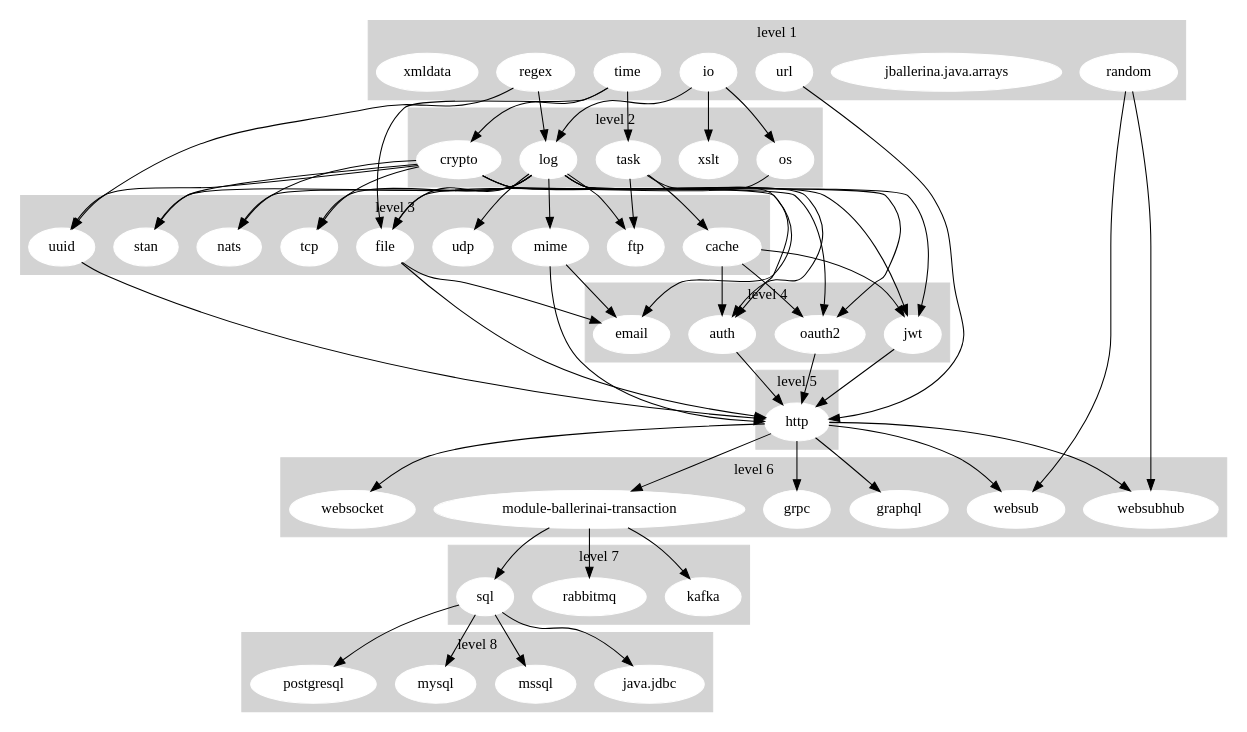
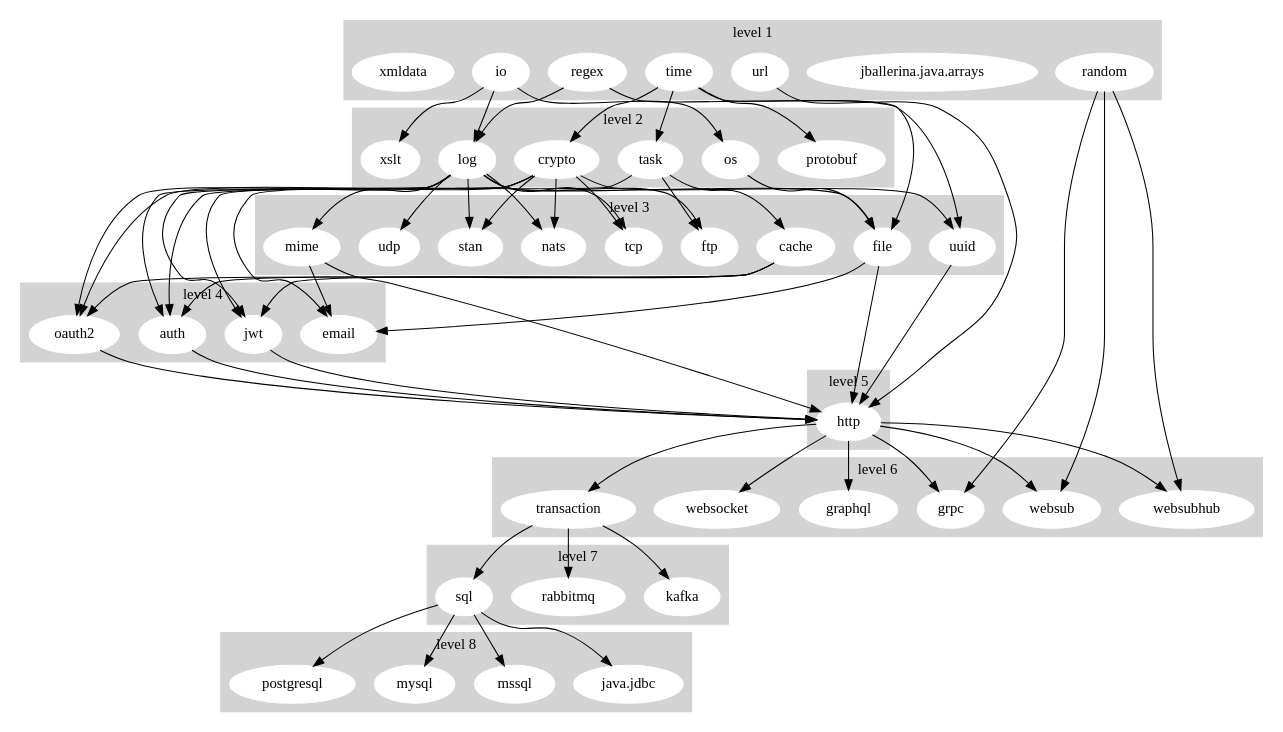
One commit to ballerina-platform/ballerina-release changed the diagram in dashboard/stdlib_graph.gv. Above: the diagram before and after it, drawn with Graphviz.

Commit message:
[Automated] Update Stdlib Dependency Graph

```diff
--- a/dashboard/stdlib_graph.gv
+++ b/dashboard/stdlib_graph.gv
@@ -1,137 +1,140 @@
 digraph "Stdlib Dependency Graph" {
 	subgraph cluster_1 {
 		node [color=white style=filled]
 		color=lightgrey style=filled
 		io
 		"jballerina.java.arrays"
 		random
 		regex
 		time
 		url
 		xmldata
 		label="level 1"
 	}
 	subgraph cluster_2 {
 		node [color=white style=filled]
 		color=lightgrey style=filled
 		crypto
 		log
 		os
+		protobuf
 		task
 		xslt
 		label="level 2"
 	}
 	subgraph cluster_3 {
 		node [color=white style=filled]
 		color=lightgrey style=filled
 		cache
 		file
 		ftp
 		mime
 		nats
 		stan
 		tcp
 		udp
 		uuid
 		label="level 3"
 	}
 	subgraph cluster_4 {
 		node [color=white style=filled]
 		color=lightgrey style=filled
 		auth
 		email
 		jwt
 		oauth2
 		label="level 4"
 	}
 	subgraph cluster_5 {
 		node [color=white style=filled]
 		color=lightgrey style=filled
 		http
 		label="level 5"
 	}
 	subgraph cluster_6 {
 		node [color=white style=filled]
 		color=lightgrey style=filled
 		graphql
 		grpc
-		"module-ballerinai-transaction"
+		transaction
 		websocket
 		websub
 		websubhub
 		label="level 6"
 	}
 	subgraph cluster_7 {
 		node [color=white style=filled]
 		color=lightgrey style=filled
 		kafka
 		rabbitmq
 		sql
 		label="level 7"
 	}
 	subgraph cluster_8 {
 		node [color=white style=filled]
 		color=lightgrey style=filled
 		"java.jdbc"
 		mssql
 		mysql
 		postgresql
 		label="level 8"
 	}
 	io -> log
 	io -> os
 	io -> xslt
+	random -> grpc
 	random -> websub
 	random -> websubhub
 	regex -> log
 	regex -> uuid
 	time -> crypto
 	time -> file
+	time -> protobuf
 	time -> task
 	url -> http
 	crypto -> auth
 	crypto -> jwt
 	crypto -> nats
 	crypto -> oauth2
 	crypto -> stan
 	crypto -> tcp
 	crypto -> uuid
 	log -> auth
 	log -> file
 	log -> ftp
 	log -> jwt
 	log -> mime
 	log -> nats
 	log -> oauth2
 	log -> stan
 	log -> tcp
 	log -> udp
 	os -> file
 	task -> cache
 	task -> email
 	task -> ftp
 	cache -> auth
 	cache -> jwt
 	cache -> oauth2
 	file -> email
 	file -> http
 	mime -> email
 	mime -> http
 	uuid -> http
 	auth -> http
 	jwt -> http
 	oauth2 -> http
 	http -> graphql
 	http -> grpc
-	http -> "module-ballerinai-transaction"
+	http -> transaction
 	http -> websocket
 	http -> websub
 	http -> websubhub
-	"module-ballerinai-transaction" -> kafka
-	"module-ballerinai-transaction" -> rabbitmq
-	"module-ballerinai-transaction" -> sql
+	transaction -> kafka
+	transaction -> rabbitmq
+	transaction -> sql
 	sql -> "java.jdbc"
 	sql -> mssql
 	sql -> mysql
 	sql -> postgresql
 }
```
